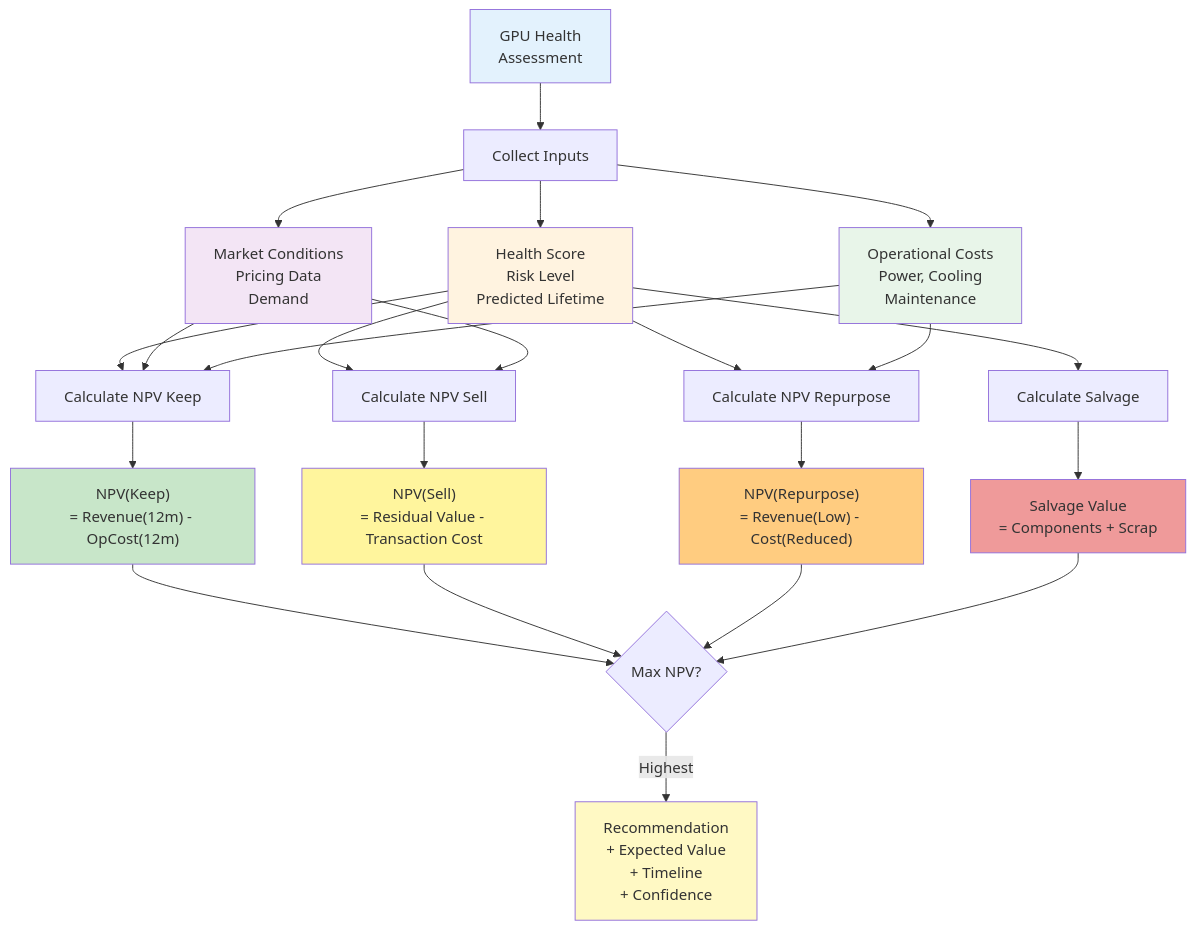
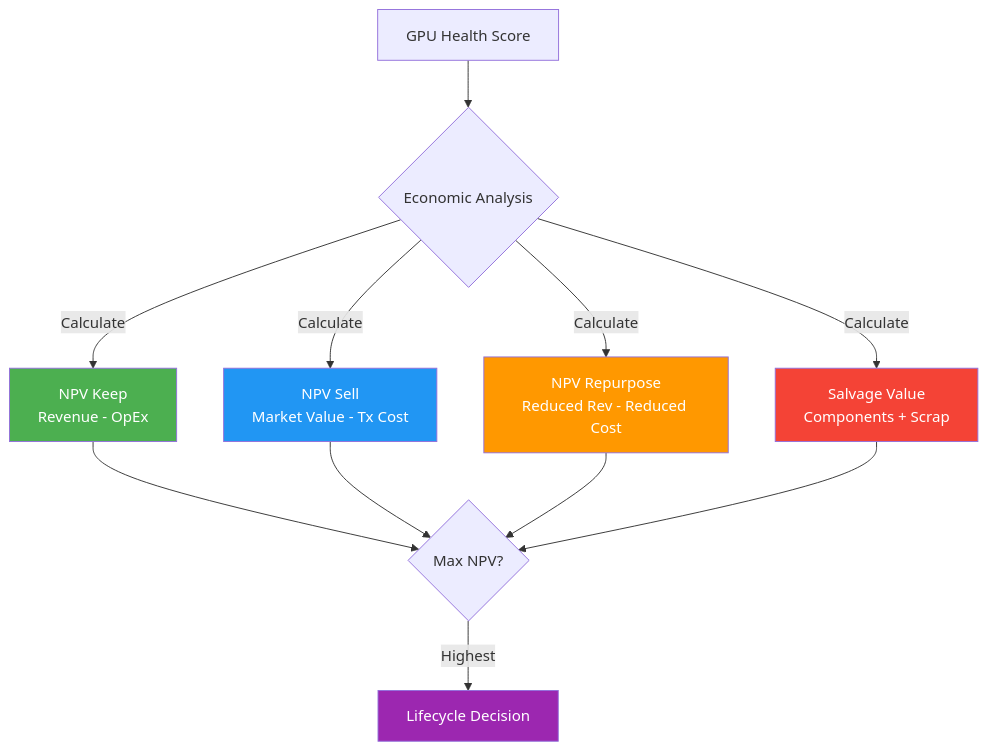
Before and after one commit to SolidRegardless/gpu-health-monitor: the third of 3 diagrams in README.md, drawn with Mermaid. The commit also changed other lines of this file and 70 other files, not shown here.

First line of the commit message:
Restore README.md structure with Mermaid diagrams

````diff
--- a/README.md
+++ b/README.md
@@ -280,41 +189,22 @@
 ```mermaid
 graph TD
-    Start[GPU Health<br/>Assessment] --> Inputs[Collect Inputs]
+    Start[GPU Health Score] --> Analysis{Economic Analysis}
     
-    Inputs --> Health[Health Score<br/>Risk Level<br/>Predicted Lifetime]
-    Inputs --> Market[Market Conditions<br/>Pricing Data<br/>Demand]
-    Inputs --> Costs[Operational Costs<br/>Power, Cooling<br/>Maintenance]
-    
-    Health --> Calc1[Calculate NPV Keep]
-    Market --> Calc1
-    Costs --> Calc1
-    Calc1 --> Keep["NPV(Keep)<br/>= Revenue(12m) - OpCost(12m)"]
-    
-    Health --> Calc2[Calculate NPV Sell]
-    Market --> Calc2
-    Calc2 --> Sell["NPV(Sell)<br/>= Residual Value - Transaction Cost"]
-    
-    Health --> Calc3[Calculate NPV Repurpose]
-    Costs --> Calc3
-    Calc3 --> Repurpose["NPV(Repurpose)<br/>= Revenue(Low) - Cost(Reduced)"]
-    
-    Health --> Calc4[Calculate Salvage]
-    Calc4 --> Salvage["Salvage Value<br/>= Components + Scrap"]
+    Analysis -->|Calculate| Keep[NPV Keep<br/>Revenue - OpEx]
+    Analysis -->|Calculate| Sell[NPV Sell<br/>Market Value - Tx Cost]
+    Analysis -->|Calculate| Repurpose[NPV Repurpose<br/>Reduced Rev - Reduced Cost]
+    Analysis -->|Calculate| Salvage[Salvage Value<br/>Components + Scrap]
     
     Keep --> Decision{Max NPV?}
     Sell --> Decision
     Repurpose --> Decision
     Salvage --> Decision
     
-    Decision -->|Highest| Recommend[Recommendation<br/>+ Expected Value<br/>+ Timeline<br/>+ Confidence]
+    Decision -->|Highest| Recommendation[Lifecycle Decision]
     
-    style Start fill:#e3f2fd
-    style Health fill:#fff3e0
-    style Market fill:#f3e5f5
-    style Costs fill:#e8f5e9
-    style Keep fill:#c8e6c9
-    style Sell fill:#fff59d
-    style Repurpose fill:#ffcc80
-    style Salvage fill:#ef9a9a
-    style Recommend fill:#fff9c4
+    style Keep fill:#4caf50,color:#fff
+    style Sell fill:#2196f3,color:#fff
+    style Repurpose fill:#ff9800,color:#fff
+    style Salvage fill:#f44336,color:#fff
+    style Recommendation fill:#9c27b0,color:#fff
 ```
````
